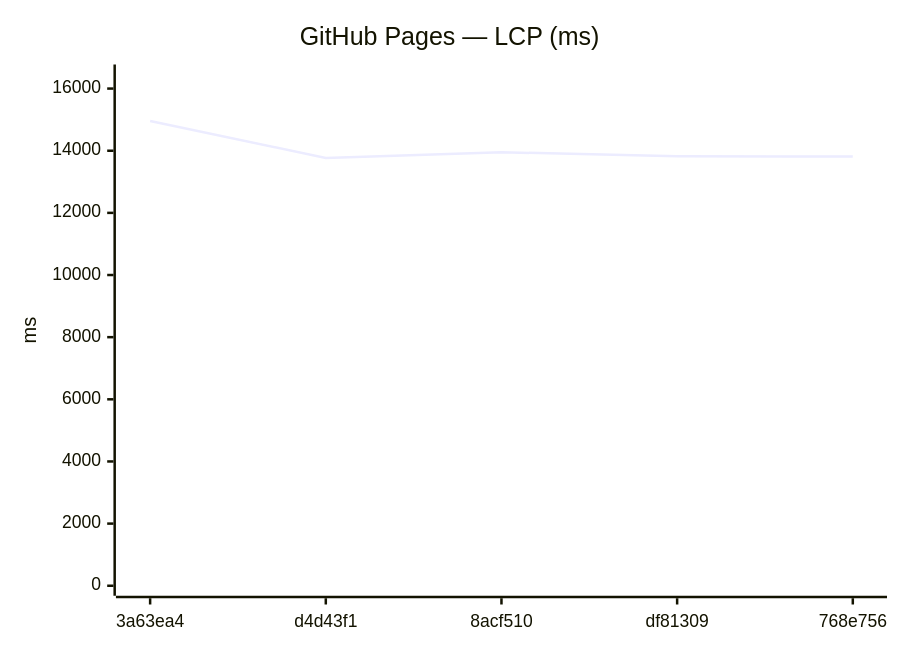
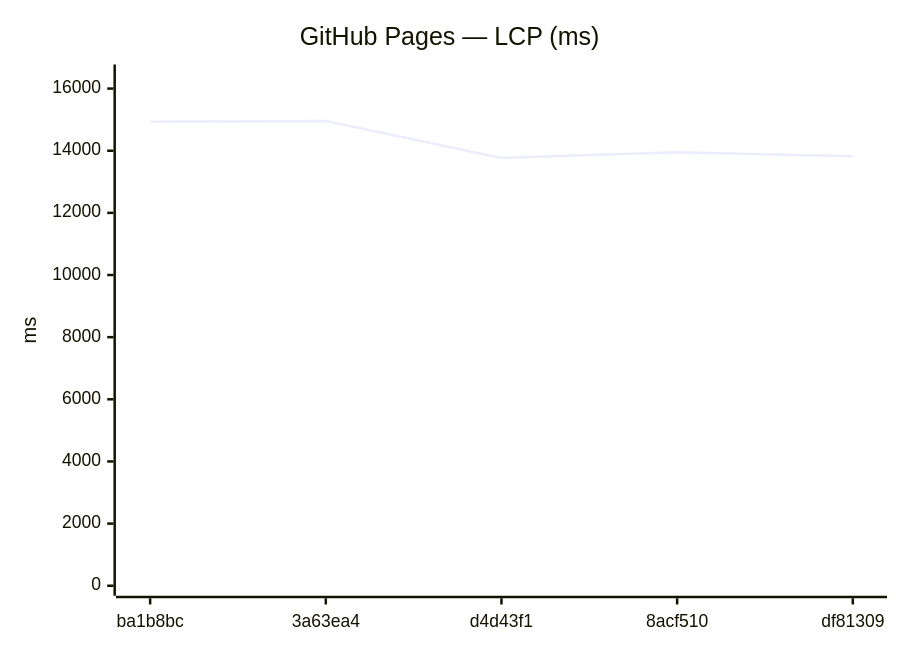
Before and after one commit to Metaheurist/Rianell: the ninth of 18 diagrams in benchmarks/compare.md, drawn with Mermaid. The commit also changed other lines of this file and 11 other files, not shown here.

````diff
--- a/benchmarks/compare.md
+++ b/benchmarks/compare.md
@@ -142,7 +142,7 @@
 ```mermaid
 xychart-beta
     title "GitHub Pages — LCP (ms)"
-    x-axis ["3a63ea4", "d4d43f1", "8acf510", "df81309", "768e756"]
+    x-axis ["ba1b8bc", "3a63ea4", "d4d43f1", "8acf510", "df81309"]
     y-axis "ms" 0 --> 16453
-    line [14957, 13769, 13952, 13820, 13811]
+    line [14936, 14957, 13769, 13952, 13820]
 ```
````
